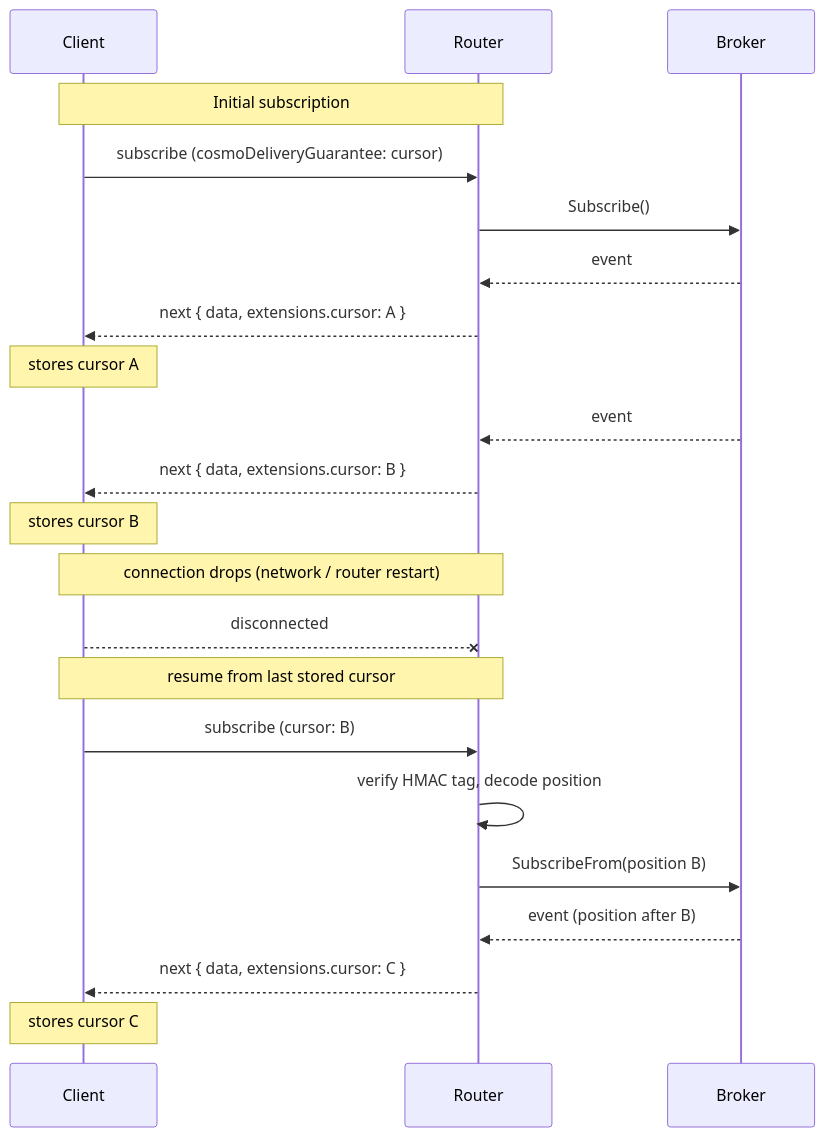
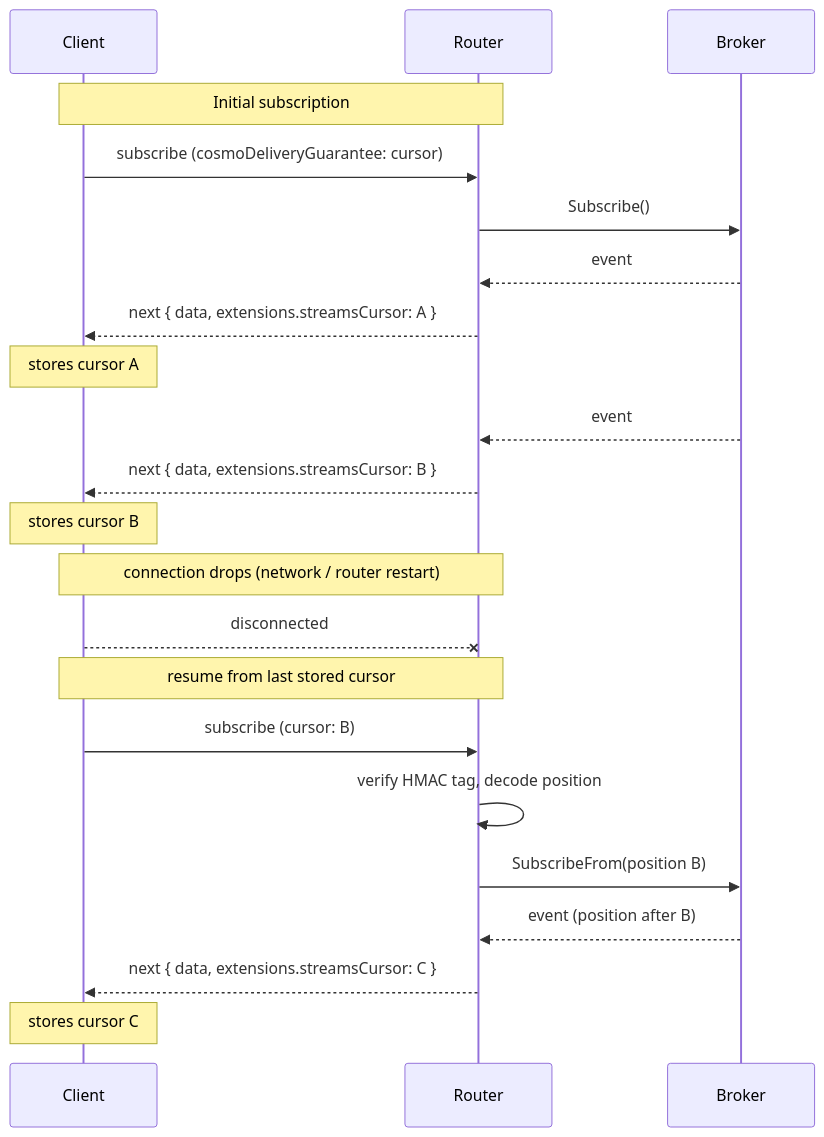
Before and after one commit to wundergraph/cosmo: the diagram in rfc/at-least-once-v1.md, drawn with Mermaid. The commit also changed other lines of this file and 9 other files, not shown here.

````diff
--- a/rfc/at-least-once-v1.md
+++ b/rfc/at-least-once-v1.md
@@ -46,27 +46,27 @@
 ```mermaid
 sequenceDiagram
     participant Client
     participant Router
     participant Broker
 
     Note over Client,Router: Initial subscription
     Client->>Router: subscribe (cosmoDeliveryGuarantee: cursor)
     Router->>Broker: Subscribe()
     Broker-->>Router: event
-    Router-->>Client: next { data, extensions.cursor: A }
+    Router-->>Client: next { data, extensions.streamsCursor: A }
     Note over Client: stores cursor A
     Broker-->>Router: event
-    Router-->>Client: next { data, extensions.cursor: B }
+    Router-->>Client: next { data, extensions.streamsCursor: B }
     Note over Client: stores cursor B
 
     Note over Client,Router: connection drops (network / router restart)
     Client--xRouter: disconnected
 
     Note over Client,Router: resume from last stored cursor
     Client->>Router: subscribe (cursor: B)
     Router->>Router: verify HMAC tag, decode position
     Router->>Broker: SubscribeFrom(position B)
     Broker-->>Router: event (position after B)
-    Router-->>Client: next { data, extensions.cursor: C }
+    Router-->>Client: next { data, extensions.streamsCursor: C }
     Note over Client: stores cursor C
 ```
````
